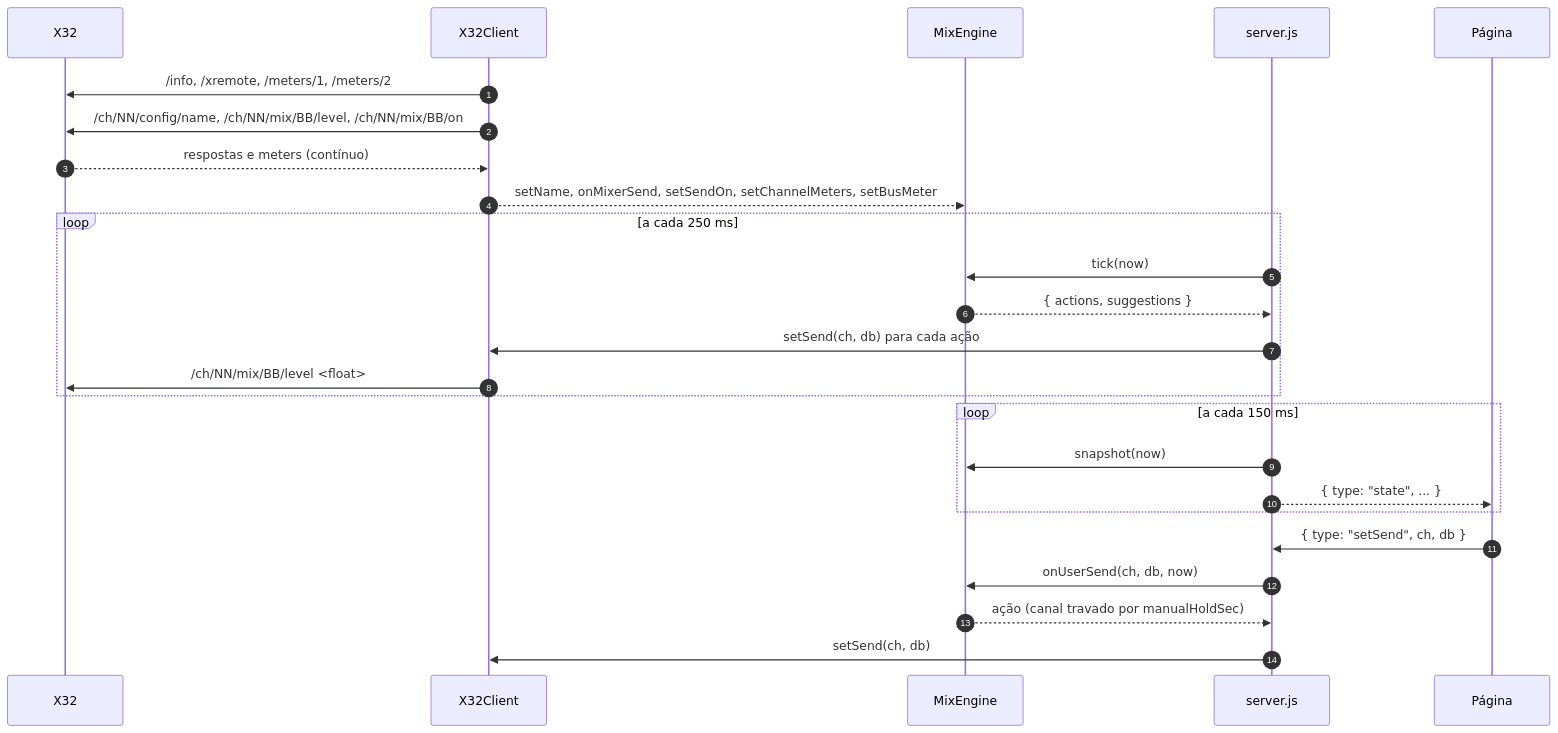
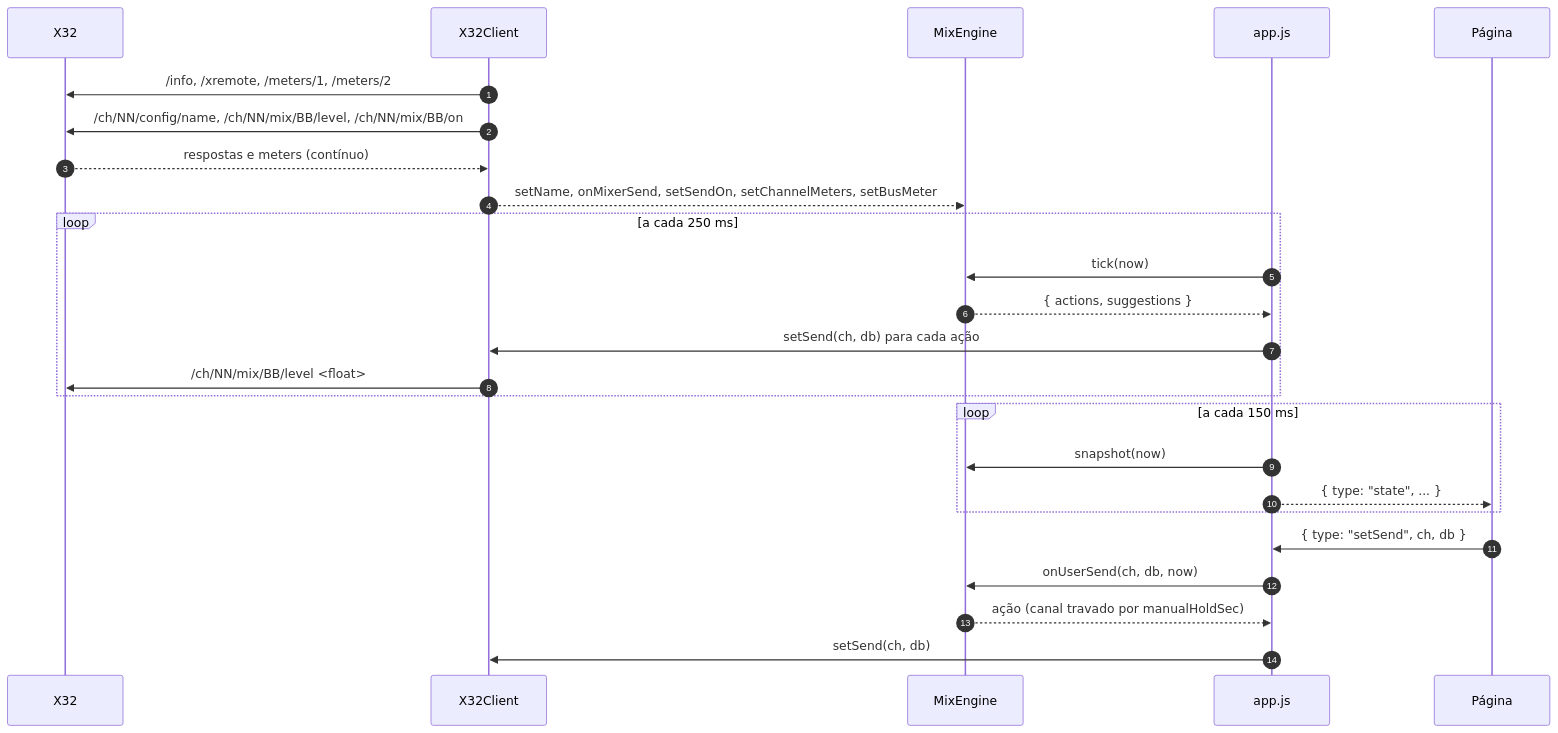
One commit to gutoglup/mixTree changed the second of 6 diagrams in docs/ARQUITETURA.md. Above: the diagram before and after it, drawn with Mermaid. The commit also changed other lines of this file and 16 other files, not shown here.

````diff
--- a/docs/ARQUITETURA.md
+++ b/docs/ARQUITETURA.md
@@ -65,31 +66,31 @@
 ```mermaid
 sequenceDiagram
   autonumber
   participant M as X32
   participant C as X32Client
   participant E as MixEngine
-  participant S as server.js
+  participant S as app.js
   participant U as Página
 
   C->>M: /info, /xremote, /meters/1, /meters/2
   C->>M: /ch/NN/config/name, /ch/NN/mix/BB/level, /ch/NN/mix/BB/on
   M-->>C: respostas e meters (contínuo)
   C-->>E: setName, onMixerSend, setSendOn, setChannelMeters, setBusMeter
 
   loop a cada 250 ms
     S->>E: tick(now)
     E-->>S: { actions, suggestions }
     S->>C: setSend(ch, db) para cada ação
     C->>M: /ch/NN/mix/BB/level <float>
   end
 
   loop a cada 150 ms
     S->>E: snapshot(now)
     S-->>U: { type: "state", ... }
   end
 
   U->>S: { type: "setSend", ch, db }
   S->>E: onUserSend(ch, db, now)
   E-->>S: ação (canal travado por manualHoldSec)
   S->>C: setSend(ch, db)
 ```
````
